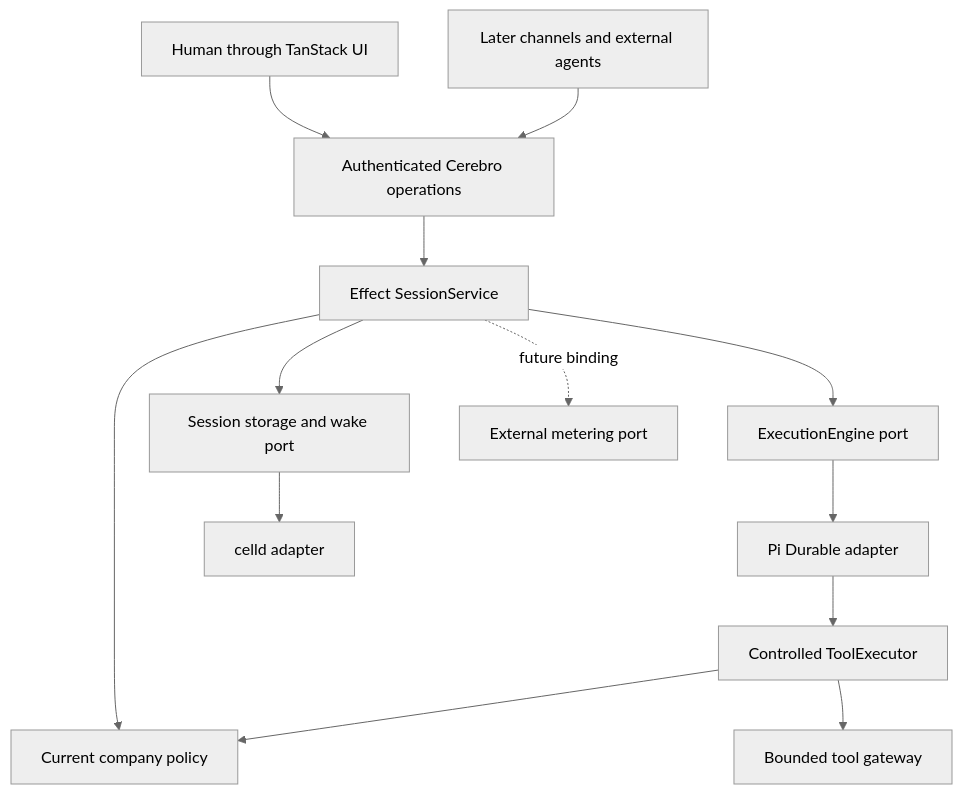
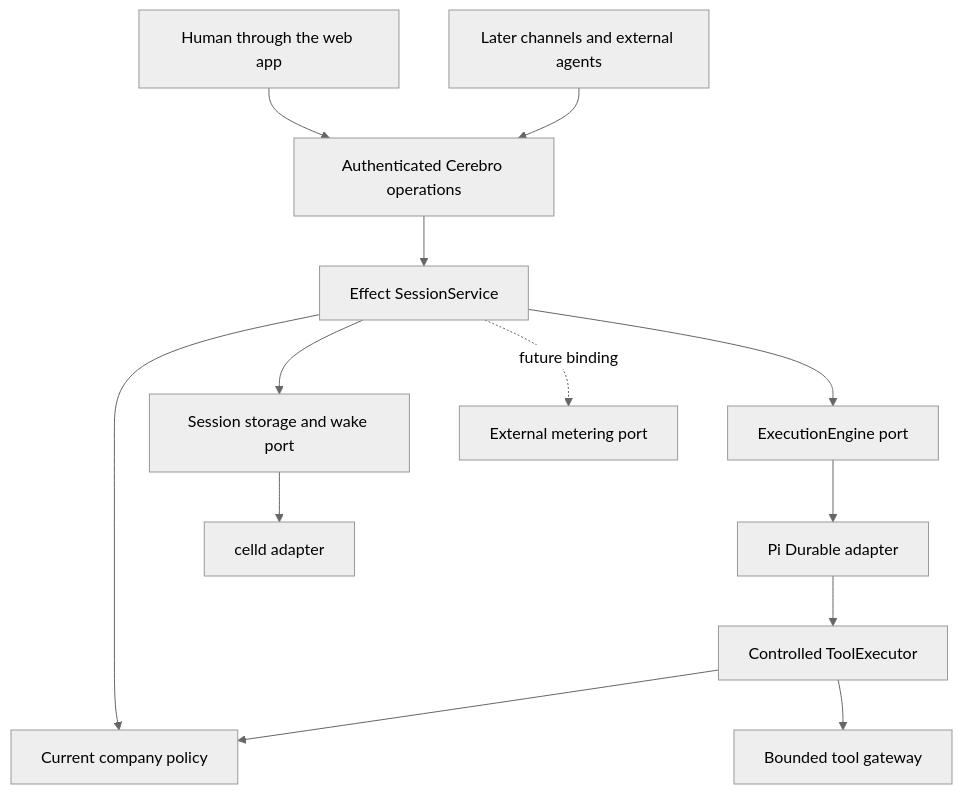
One commit to jhonsfran/cerebro changed the diagram in docs/architecture/2026-10-02-direction-and-roadmap.md. Above: the diagram before and after it, drawn with Mermaid (neutral theme). The commit also changed other lines of this file and 9 other files, not shown here.

````diff
--- a/docs/architecture/2026-10-02-direction-and-roadmap.md
+++ b/docs/architecture/2026-10-02-direction-and-roadmap.md
@@ -31,15 +31,15 @@
 ```mermaid
 flowchart TD
-    Human[Human through TanStack UI] --> API[Authenticated Cerebro operations]
+    Human[Human through the web app] --> API[Authenticated Cerebro operations]
     Later[Later channels and external agents] --> API
     API --> Session[Effect SessionService]
     Session --> Policy[Current company policy]
     Session --> Engine[ExecutionEngine port]
     Engine --> Pi[Pi Durable adapter]
     Session --> Storage[Session storage and wake port]
     Storage --> Celld[celld adapter]
     Pi --> Tool[Controlled ToolExecutor]
     Tool --> Policy
     Tool --> Gateway[Bounded tool gateway]
     Session -. future binding .-> Meter[External metering port]
 ```
````
